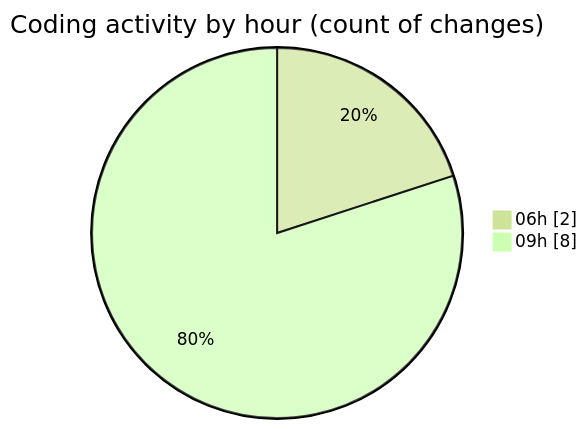
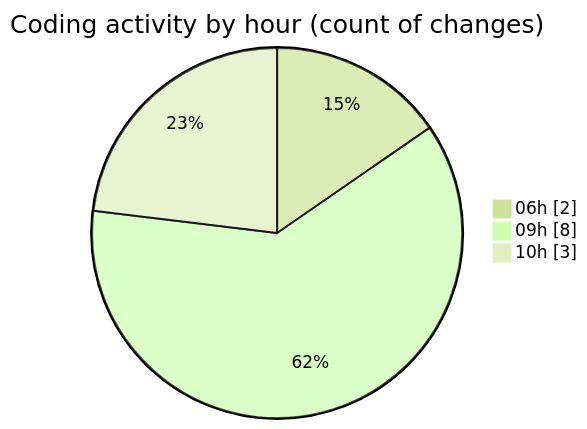
The second of 2 diagrams in 2026-02-24/workbench__workspace_/README.md (jadenblack/code-tracking), drawn with Mermaid (forest theme) before and after one commit. The commit also changed other lines of this file and 1 other file, not shown here.

````diff
--- a/2026-02-24/workbench__workspace_/README.md
+++ b/2026-02-24/workbench__workspace_/README.md
@@ -32,6 +32,7 @@
 ```mermaid
 pie showData
 title Coding activity by hour (count of changes)
 "06h" : 2
 "09h" : 8
+"10h" : 3
 ```
````
